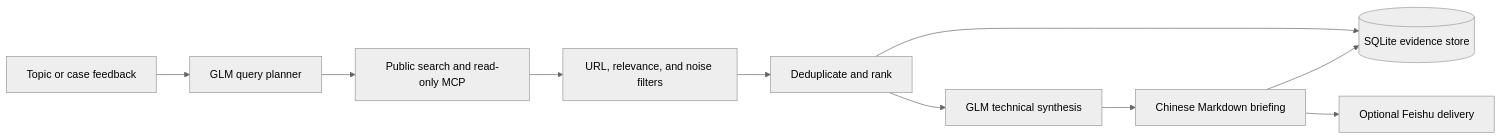
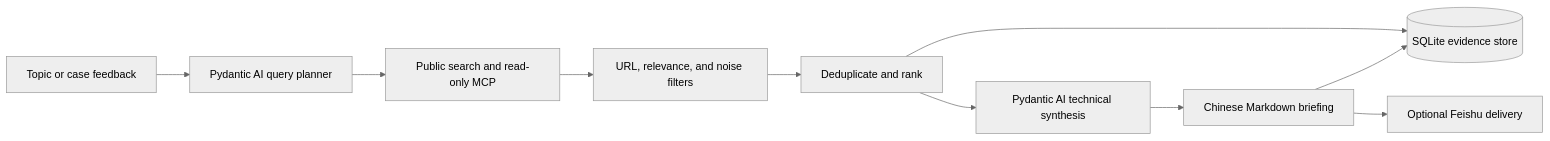
The diagram in README.md (xiangkaiyi815-pixel/pydantic-ai-tech-intel-briefing), drawn with Mermaid (neutral theme) before and after one commit. The commit also changed other lines of this file and 35 other files, not shown here.

````diff
--- a/README.md
+++ b/README.md
@@ -48,12 +56,12 @@
 ```mermaid
 flowchart LR
-    Topic[Topic or case feedback] --> Planner[GLM query planner]
+    Topic[Topic or case feedback] --> Planner[Pydantic AI query planner]
     Planner --> Retrieval[Public search and read-only MCP]
     Retrieval --> Filter[URL, relevance, and noise filters]
     Filter --> Rank[Deduplicate and rank]
     Rank --> SQLite[(SQLite evidence store)]
-    Rank --> Synthesis[GLM technical synthesis]
+    Rank --> Synthesis[Pydantic AI technical synthesis]
     Synthesis --> Report[Chinese Markdown briefing]
     Report --> SQLite
     Report --> Feishu[Optional Feishu delivery]
 ```
````
